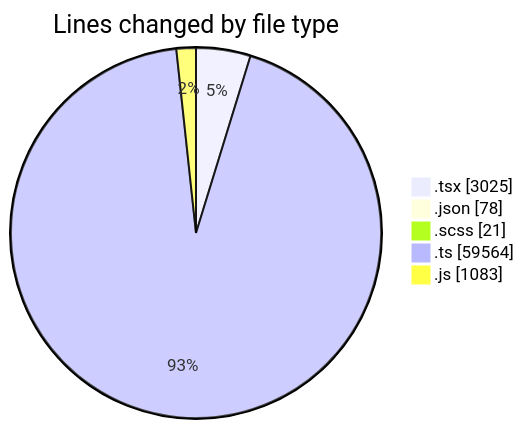
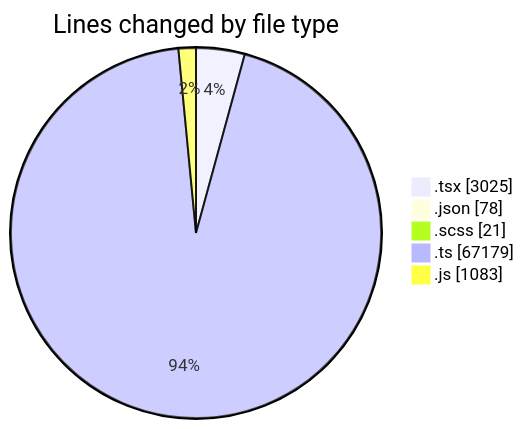
The first of 2 diagrams in 2026-09-29/cda/README.md (momahboobian/code-tracking), drawn with Mermaid before and after one commit. The commit also changed other lines of this file and 1 other file, not shown here.

````diff
--- a/2026-09-29/cda/README.md
+++ b/2026-09-29/cda/README.md
@@ -48,9 +49,9 @@
 ```mermaid
 pie showData
 title Lines changed by file type
 ".tsx" : 3025
 ".json" : 78
 ".scss" : 21
-".ts" : 59564
+".ts" : 67179
 ".js" : 1083
 ```
````
